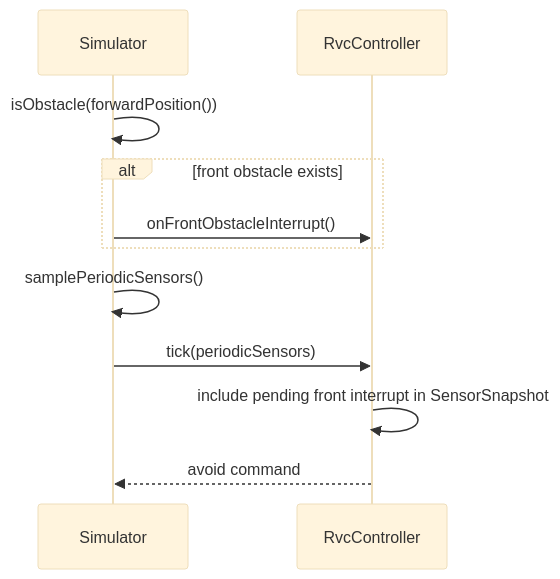
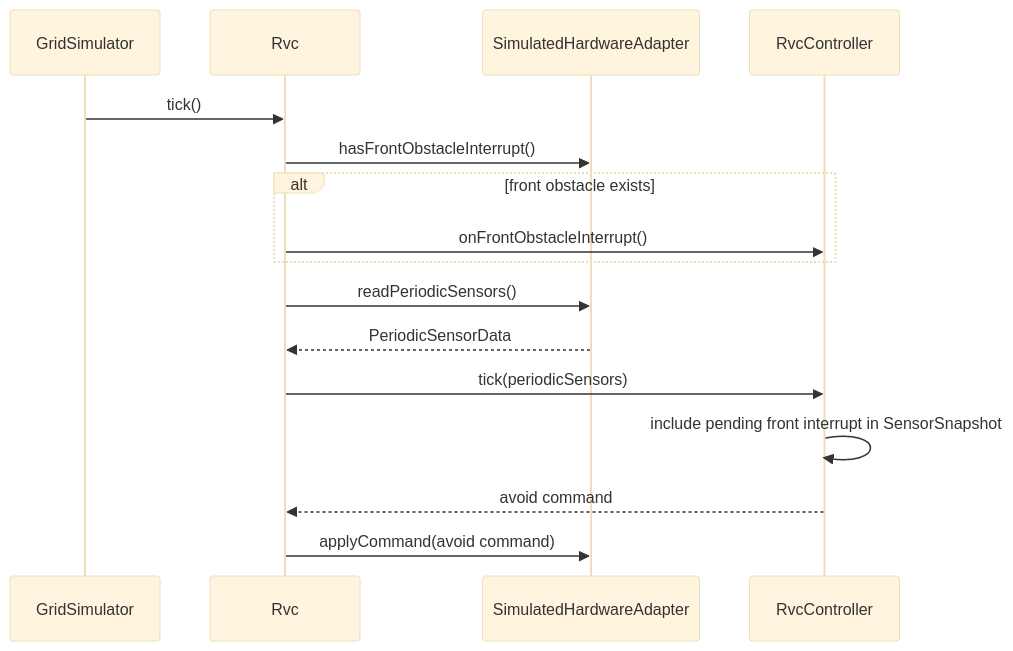
The second of 6 diagrams in docs/ood_sequence_diagrams.md (reload02/ooad-vibe), drawn with Mermaid (base theme) before and after one commit. The commit also changed other lines of this file and 15 other files, not shown here.

First line of the commit message:
Refactor RVC Control System Architecture

````diff
--- a/docs/ood_sequence_diagrams.md
+++ b/docs/ood_sequence_diagrams.md
@@ -22,14 +37,19 @@
 ```mermaid
 sequenceDiagram
-    participant Simulator
+    participant Simulator as GridSimulator
+    participant Rvc
+    participant Adapter as SimulatedHardwareAdapter
     participant Controller as RvcController
 
-    Simulator->>Simulator: isObstacle(forwardPosition())
+    Simulator->>Rvc: tick()
+    Rvc->>Adapter: hasFrontObstacleInterrupt()
     alt front obstacle exists
-        Simulator->>Controller: onFrontObstacleInterrupt()
+        Rvc->>Controller: onFrontObstacleInterrupt()
     end
-    Simulator->>Simulator: samplePeriodicSensors()
-    Simulator->>Controller: tick(periodicSensors)
+    Rvc->>Adapter: readPeriodicSensors()
+    Adapter-->>Rvc: PeriodicSensorData
+    Rvc->>Controller: tick(periodicSensors)
     Controller->>Controller: include pending front interrupt in SensorSnapshot
-    Controller-->>Simulator: avoid command
+    Controller-->>Rvc: avoid command
+    Rvc->>Adapter: applyCommand(avoid command)
 ```
````
